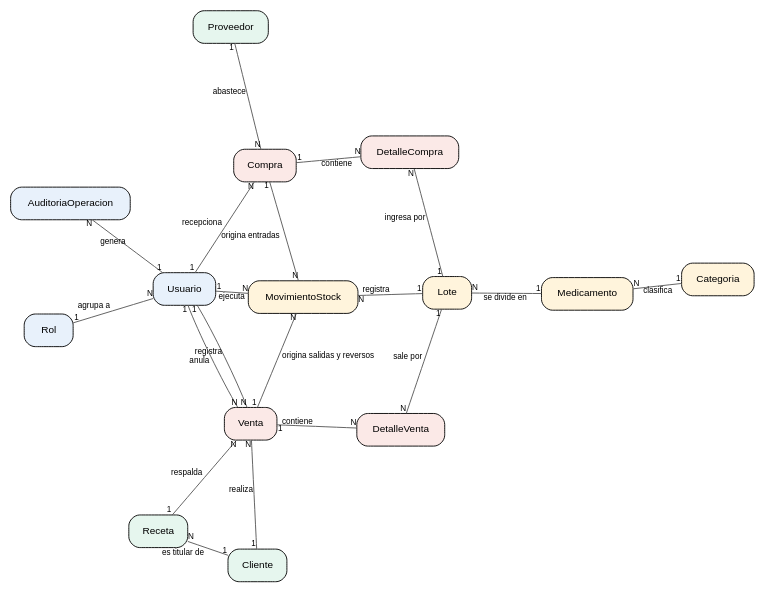
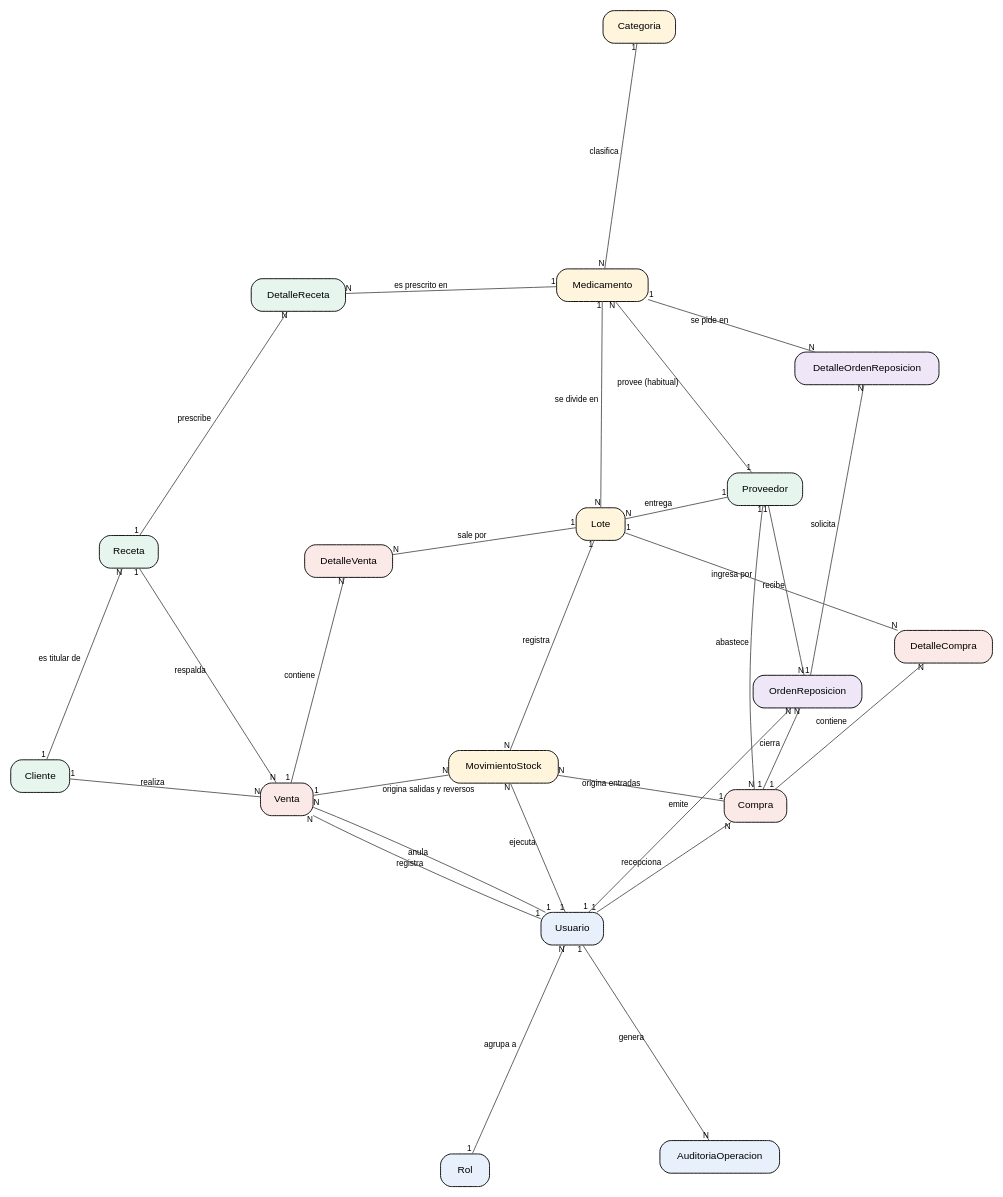
Before and after one commit to angelonavarroxd23-lab/Farma-Control: the diagram in docs/diagramas/src/modelo_conceptual.dot, drawn with Graphviz. The commit also changed 24 other files, not shown here.

First line of the commit message:
Diagramas actualizados a v2.1: 17 tablas/28 FK, MVC, receta en caja, lote/proveedor en compra, reposicion, estados de orden

```diff
--- a/docs/diagramas/src/modelo_conceptual.dot
+++ b/docs/diagramas/src/modelo_conceptual.dot
@@ -1,37 +1,49 @@
 graph G {
 layout=neato; overlap=false; splines=true; sep="+18"; bgcolor="white";
 node [shape=box, style="rounded,filled", fontname="Helvetica", fontsize=11, margin="0.18,0.1"]; edge [fontname="Helvetica", fontsize=9, color="#555555"];
 Rol [fillcolor="#E8F1FB"];
 Usuario [fillcolor="#E8F1FB"];
 Cliente [fillcolor="#E6F6EE"];
 Proveedor [fillcolor="#E6F6EE"];
 Categoria [fillcolor="#FFF4DC"];
 Medicamento [fillcolor="#FFF4DC"];
 Receta [fillcolor="#E6F6EE"];
 Lote [fillcolor="#FFF4DC"];
+DetalleReceta [fillcolor="#E6F6EE"];
 Compra [fillcolor="#FBE9E7"];
 DetalleCompra [fillcolor="#FBE9E7"];
+OrdenReposicion [fillcolor="#EFE7F7"];
+DetalleOrdenReposicion [fillcolor="#EFE7F7"];
 Venta [fillcolor="#FBE9E7"];
 DetalleVenta [fillcolor="#FBE9E7"];
 MovimientoStock [fillcolor="#FFF4DC"];
 AuditoriaOperacion [fillcolor="#E8F1FB"];
 Rol -- Usuario [label="agrupa a", taillabel="1", headlabel="N"];
 Usuario -- Venta [label="registra", taillabel="1", headlabel="N"];
 Usuario -- Compra [label="recepciona", taillabel="1", headlabel="N"];
 Usuario -- Venta [label="anula", taillabel="1", headlabel="N"];
 Usuario -- AuditoriaOperacion [label="genera", taillabel="1", headlabel="N"];
 Cliente -- Venta [label="realiza", taillabel="1", headlabel="N"];
 Cliente -- Receta [label="es titular de", taillabel="1", headlabel="N"];
 Receta -- Venta [label="respalda", taillabel="1", headlabel="N"];
 Proveedor -- Compra [label="abastece", taillabel="1", headlabel="N"];
 Categoria -- Medicamento [label="clasifica", taillabel="1", headlabel="N"];
 Medicamento -- Lote [label="se divide en", taillabel="1", headlabel="N"];
 Compra -- DetalleCompra [label="contiene", taillabel="1", headlabel="N"];
 Lote -- DetalleCompra [label="ingresa por", taillabel="1", headlabel="N"];
 Venta -- DetalleVenta [label="contiene", taillabel="1", headlabel="N"];
 Lote -- DetalleVenta [label="sale por", taillabel="1", headlabel="N"];
 Lote -- MovimientoStock [label="registra", taillabel="1", headlabel="N"];
 Usuario -- MovimientoStock [label="ejecuta", taillabel="1", headlabel="N"];
+Receta -- DetalleReceta [label="prescribe", taillabel="1", headlabel="N"];
+Medicamento -- DetalleReceta [label="es prescrito en", taillabel="1", headlabel="N"];
+Proveedor -- OrdenReposicion [label="recibe", taillabel="1", headlabel="N"];
+Usuario -- OrdenReposicion [label="emite", taillabel="1", headlabel="N"];
+OrdenReposicion -- DetalleOrdenReposicion [label="solicita", taillabel="1", headlabel="N"];
+Medicamento -- DetalleOrdenReposicion [label="se pide en", taillabel="1", headlabel="N"];
+Compra -- OrdenReposicion [label="cierra", taillabel="1", headlabel="N"];
+Proveedor -- Lote [label="entrega", taillabel="1", headlabel="N"];
+Proveedor -- Medicamento [label="provee (habitual)", taillabel="1", headlabel="N"];
 Compra -- MovimientoStock [label="origina entradas", taillabel="1", headlabel="N"];
 Venta -- MovimientoStock [label="origina salidas y reversos", taillabel="1", headlabel="N"];
 }
```
